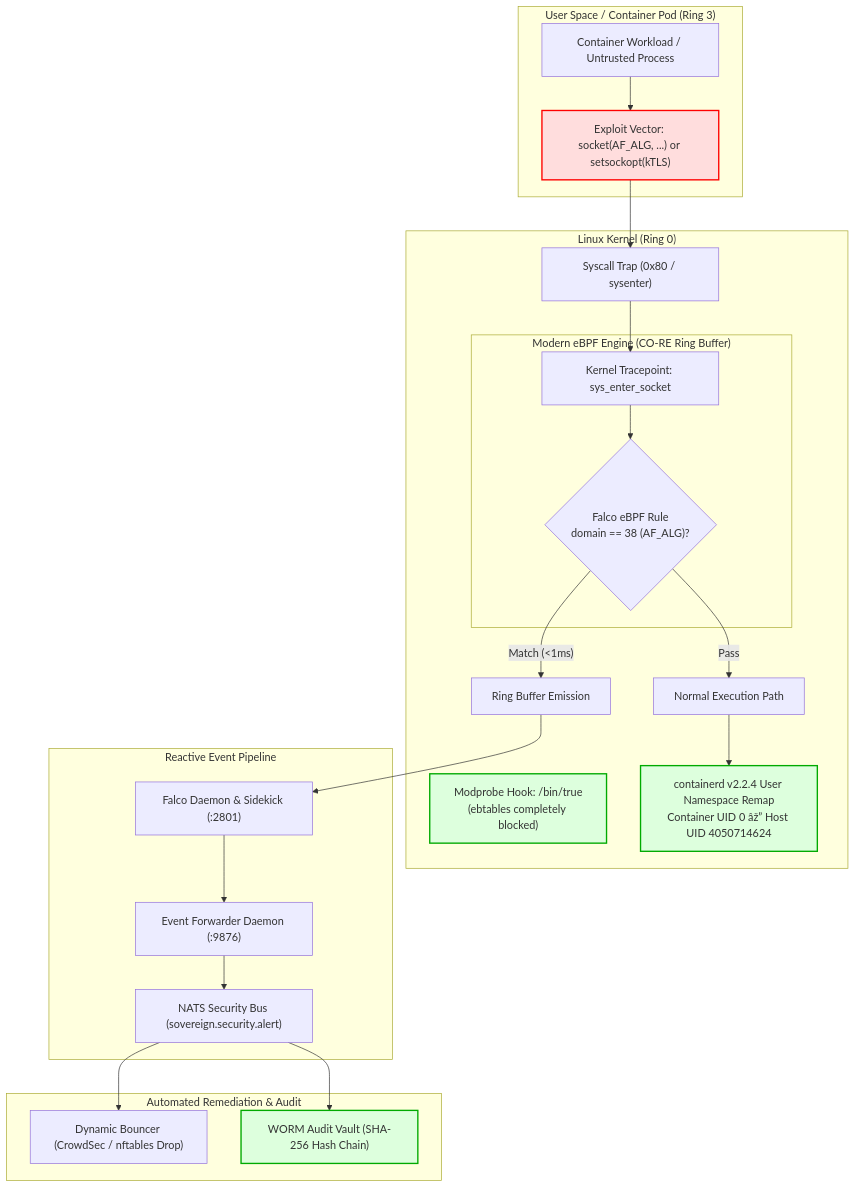
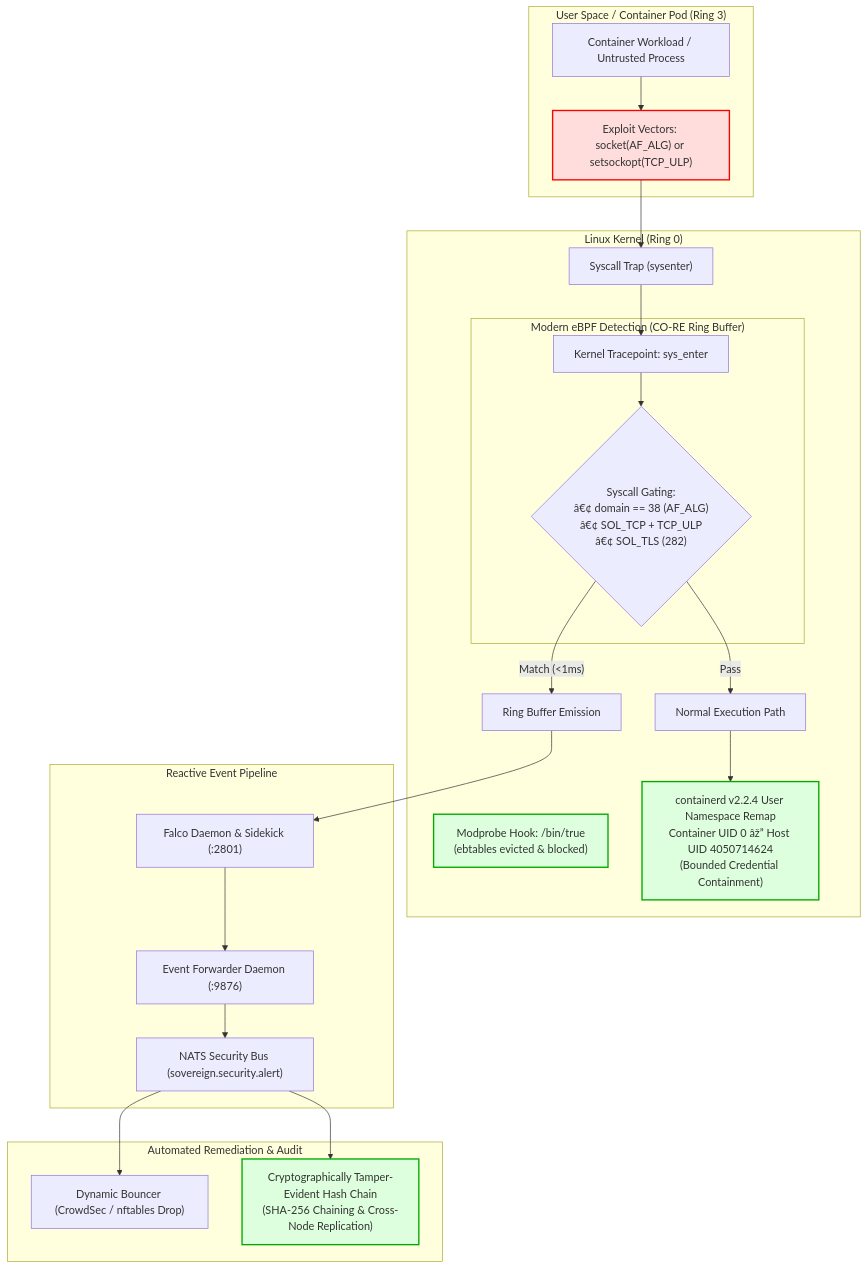
Before and after one commit to mc493/linux-kernel-zero-day-mitigation-zero-downtime-kernel-defense-: the diagram in README.md, drawn with Mermaid. The commit also changed other lines of this file, not shown here.

````diff
--- a/README.md
+++ b/README.md
@@ -30,52 +28,52 @@
 ```mermaid
 flowchart TD
-    subgraph HostRing3 ["User Space / Container Pod (Ring 3)"]
+    subgraph Ring3 ["User Space / Container Pod (Ring 3)"]
         Workload["Container Workload / Untrusted Process"]
-        Probe["Exploit Vector: socket(AF_ALG, ...) or setsockopt(kTLS)"]
+        Probe["Exploit Vectors: socket(AF_ALG) or setsockopt(TCP_ULP)"]
         Workload --> Probe
     end
 
-    subgraph KernelRing0 ["Linux Kernel (Ring 0)"]
-        SyscallTrap["Syscall Trap (0x80 / sysenter)"]
+    subgraph Ring0 ["Linux Kernel (Ring 0)"]
+        SyscallTrap["Syscall Trap (sysenter)"]
         Probe --> SyscallTrap
         
-        Tracepoint["Kernel Tracepoint: sys_enter_socket"]
+        Tracepoint["Kernel Tracepoint: sys_enter"]
         SyscallTrap --> Tracepoint
         
-        subgraph eBPFEngine ["Modern eBPF Engine (CO-RE Ring Buffer)"]
-            Filter{"Falco eBPF Rule\ndomain == 38 (AF_ALG)?"}
+        subgraph eBPFEngine ["Modern eBPF Detection (CO-RE Ring Buffer)"]
+            Filter{"Syscall Gating:\nâ€¢ domain == 38 (AF_ALG)\nâ€¢ SOL_TCP + TCP_ULP\nâ€¢ SOL_TLS (282)"}
             Tracepoint --> Filter
         end
         
-        Disarmed["Modprobe Hook: /bin/true\n(ebtables completely blocked)"]
-        UserNS["containerd v2.2.4 User Namespace Remap\nContainer UID 0 âž” Host UID 4050714624"]
+        Disarmed["Modprobe Hook: /bin/true\n(ebtables evicted & blocked)"]
+        UserNS["containerd v2.2.4 User Namespace Remap\nContainer UID 0 âž” Host UID 4050714624\n(Bounded Credential Containment)"]
         
         Filter -- "Match (<1ms)" --> AlertRingBuf["Ring Buffer Emission"]
         Filter -- "Pass" --> KernelExec["Normal Execution Path"]
         KernelExec --> UserNS
     end
 
     subgraph SecurityPipeline ["Reactive Event Pipeline"]
         Falcosidekick["Falco Daemon & Sidekick (:2801)"]
         Forwarder["Event Forwarder Daemon (:9876)"]
         NATSBus["NATS Security Bus (sovereign.security.alert)"]
         
         AlertRingBuf --> Falcosidekick
         Falcosidekick --> Forwarder
         Forwarder --> NATSBus
     end
 
     subgraph Enforcement ["Automated Remediation & Audit"]
         Remediator["Dynamic Bouncer (CrowdSec / nftables Drop)"]
-        WORM["WORM Audit Vault (SHA-256 Hash Chain)"]
+        AuditLedger["Cryptographically Tamper-Evident Hash Chain\n(SHA-256 Chaining & Cross-Node Replication)"]
         
         NATSBus --> Remediator
-        NATSBus --> WORM
+        NATSBus --> AuditLedger
     end
 
     classDef danger fill:#ffdddd,stroke:#ff0000,stroke-width:2px;
     classDef safe fill:#ddffdd,stroke:#00aa00,stroke-width:2px;
     classDef arch fill:#f0f4f8,stroke:#0066cc,stroke-width:1px;
     class Probe danger;
-    class Disarmed,UserNS,WORM safe;
+    class Disarmed,UserNS,AuditLedger safe;
 ```
````
